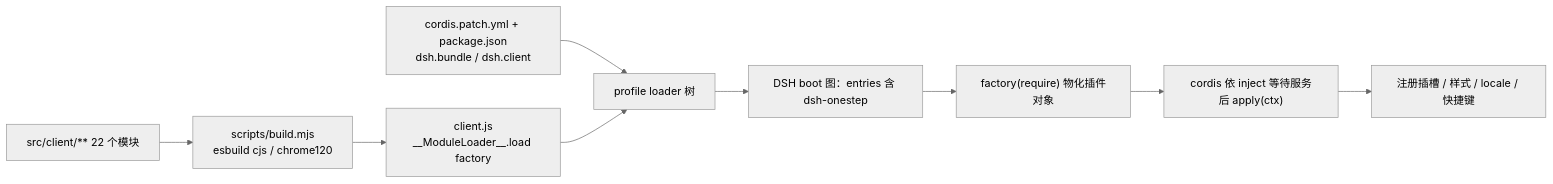
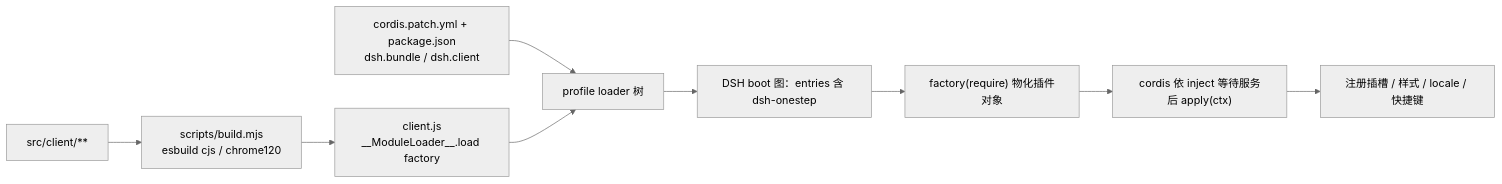
The first of 6 diagrams in docs/architecture.md (ABCDEFGHIJKLMOPQRSTUVWXY/dsh-onestep), drawn with Mermaid (neutral theme) before and after one commit. The commit also changed other lines of this file and 49 other files, not shown here.

````diff
--- a/docs/architecture.md
+++ b/docs/architecture.md
@@ -25,11 +27,11 @@
 ```mermaid
 flowchart LR
-  SRC["src/client/** 22 个模块"] --> BUILD["scripts/build.mjs<br/>esbuild cjs / chrome120"]
+  SRC["src/client/**"] --> BUILD["scripts/build.mjs<br/>esbuild cjs / chrome120"]
   BUILD --> BUNDLE["client.js<br/>__ModuleLoader__.load factory"]
   PKG["cordis.patch.yml + package.json<br/>dsh.bundle / dsh.client"] --> PROFILE["profile loader 树"]
   BUNDLE --> PROFILE
   PROFILE --> BOOT["DSH boot 图：entries 含 dsh-onestep"]
   BOOT --> FACTORY["factory(require) 物化插件对象"]
   FACTORY --> APPLY["cordis 依 inject 等待服务后 apply(ctx)"]
   APPLY --> UI["注册插槽 / 样式 / locale / 快捷键"]
 ```
````
